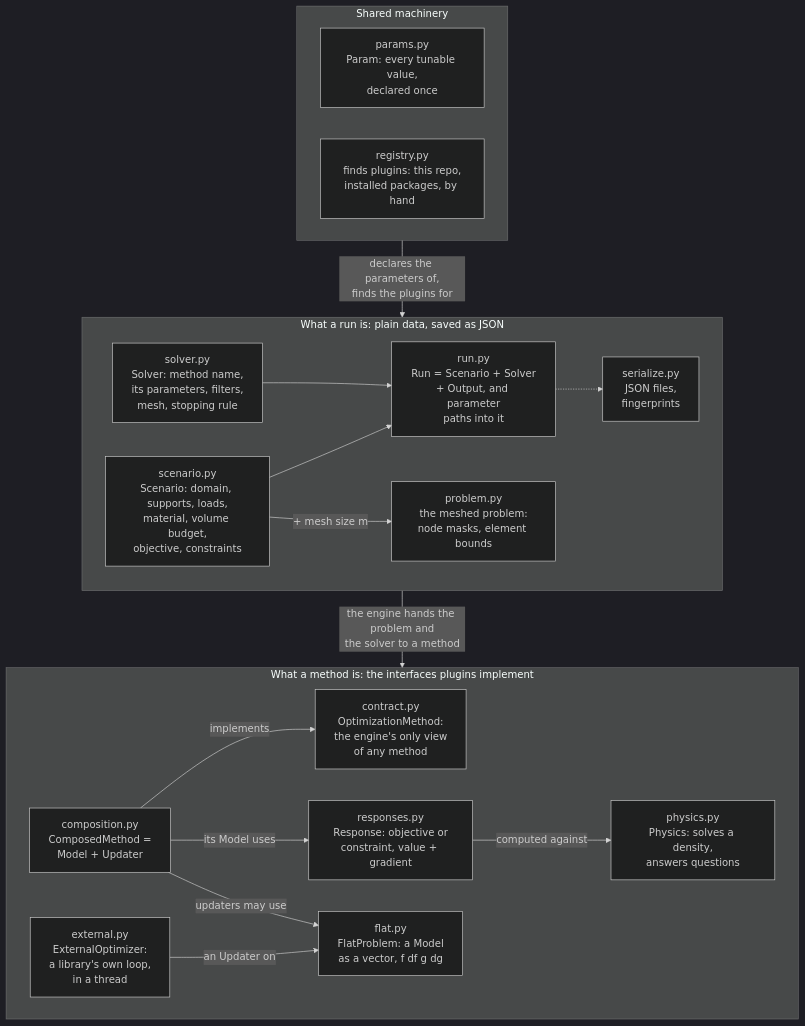
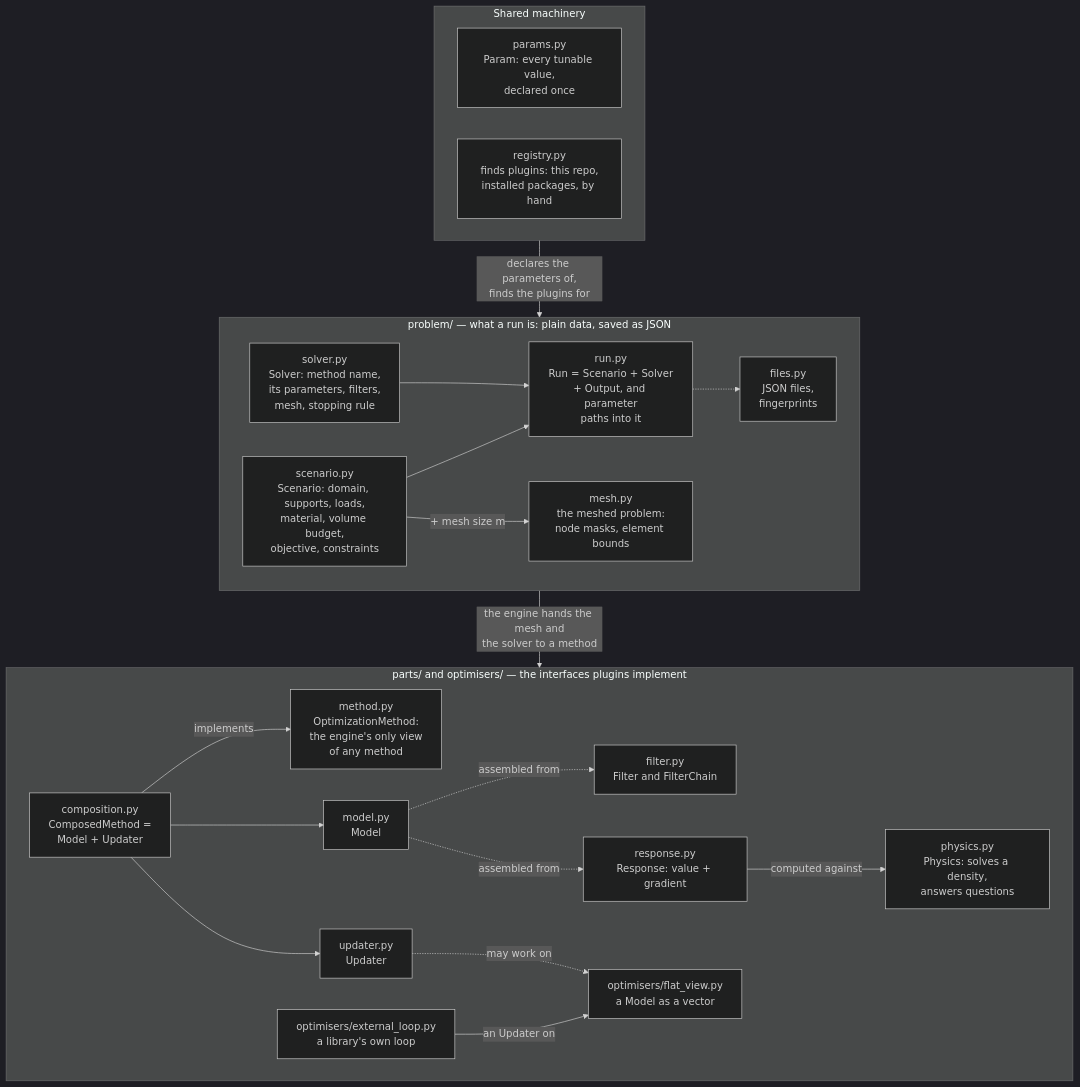
The first of 4 diagrams in toporia/framework/README.md (Toporia/Toporia-launcher), drawn with Mermaid (dark theme) before and after one commit. The commit also changed other lines of this file and 83 other files, not shown here.

````diff
--- a/toporia/framework/README.md
+++ b/toporia/framework/README.md
@@ -14,39 +37,45 @@
 ```mermaid
 flowchart TB
     subgraph SUPPORT["Shared machinery"]
         direction LR
         params["params.py<br/>Param: every tunable value,<br/>declared once"]
         registry["registry.py<br/>finds plugins: this repo,<br/>installed packages, by hand"]
     end
 
-    subgraph DATA["What a run is: plain data, saved as JSON"]
+    subgraph PROBLEM["problem/ — what a run is: plain data, saved as JSON"]
         direction LR
         scenario["scenario.py<br/>Scenario: domain, supports, loads,<br/>material, volume budget,<br/>objective, constraints"]
         solver["solver.py<br/>Solver: method name,<br/>its parameters, filters,<br/>mesh, stopping rule"]
         run["run.py<br/>Run = Scenario + Solver<br/>+ Output, and parameter<br/>paths into it"]
-        problem["problem.py<br/>the meshed problem:<br/>node masks, element bounds"]
-        serialize["serialize.py<br/>JSON files,<br/>fingerprints"]
+        mesh["mesh.py<br/>the meshed problem:<br/>node masks, element bounds"]
+        files["files.py<br/>JSON files,<br/>fingerprints"]
         scenario --> run
         solver --> run
-        scenario -- "+ mesh size m" --> problem
-        run -.-> serialize
+        scenario -- "+ mesh size m" --> mesh
+        run -.-> files
     end
 
-    subgraph CONTRACTS["What a method is: the interfaces plugins implement"]
+    subgraph PARTS["parts/ and optimisers/ — the interfaces plugins implement"]
         direction LR
-        contract["contract.py<br/>OptimizationMethod:<br/>the engine's only view<br/>of any method"]
+        method["method.py<br/>OptimizationMethod:<br/>the engine's only view<br/>of any method"]
         composition["composition.py<br/>ComposedMethod =<br/>Model + Updater"]
-        responses["responses.py<br/>Response: objective or<br/>constraint, value + gradient"]
+        model["model.py<br/>Model"]
+        updater["updater.py<br/>Updater"]
+        response["response.py<br/>Response: value + gradient"]
         physics["physics.py<br/>Physics: solves a density,<br/>answers questions"]
-        flat["flat.py<br/>FlatProblem: a Model<br/>as a vector, f df g dg"]
-        external["external.py<br/>ExternalOptimizer:<br/>a library's own loop,<br/>in a thread"]
-        composition -- implements --> contract
-        composition -- "its Model uses" --> responses
-        responses -- "computed against" --> physics
-        composition -- "updaters may use" --> flat
+        filter["filter.py<br/>Filter and FilterChain"]
+        flat["optimisers/flat_view.py<br/>a Model as a vector"]
+        external["optimisers/external_loop.py<br/>a library's own loop"]
+        composition -- implements --> method
+        composition --> model
+        composition --> updater
+        model -. "assembled from" .-> filter
+        model -. "assembled from" .-> response
+        response -- "computed against" --> physics
+        updater -. "may work on" .-> flat
         external -- "an Updater on" --> flat
     end
 
-    SUPPORT -- "declares the parameters of,<br/>finds the plugins for" --> DATA
-    DATA -- "the engine hands the problem and<br/>the solver to a method" --> CONTRACTS
+    SUPPORT -- "declares the parameters of,<br/>finds the plugins for" --> PROBLEM
+    PROBLEM -- "the engine hands the mesh and<br/>the solver to a method" --> PARTS
 ```
````
